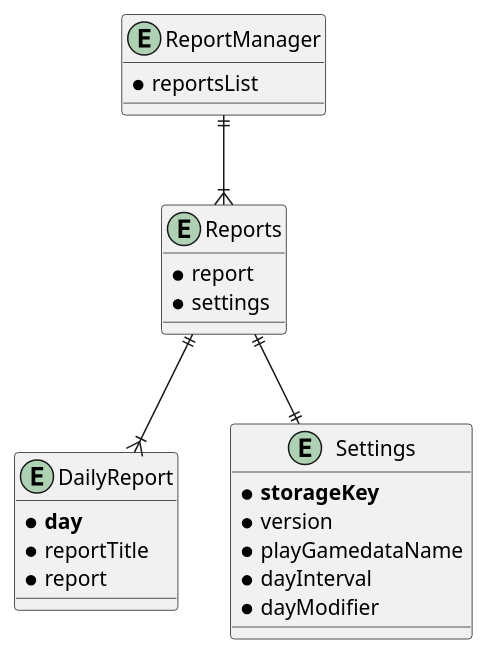
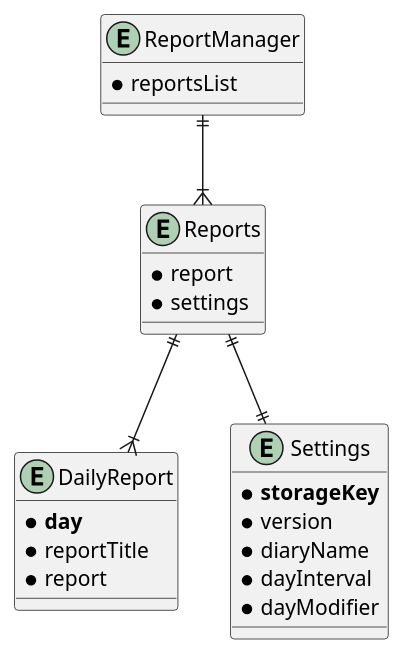
The diagram in UML/ER.puml (urusakuma/GameDiary), drawn with PlantUML before and after one commit. The commit also changed 9 other files, not shown here.

Commit message:
DiarySettings の playGameDataName を diaryName に変更 Fixes #62

```diff
--- a/UML/ER.puml
+++ b/UML/ER.puml
@@ -1,27 +1,27 @@
 @startuml ER
 entity Reports{
   * report
   * settings
 }
 
 entity DailyReport{
   * **day**
   * reportTitle
   * report
 }
 
 entity Settings{
   * **storageKey**
   * version
-  * playGamedataName
+  * diaryName
   * dayInterval
   * dayModifier
 }
 Reports ||--|{ DailyReport
 Reports ||--|| Settings
 entity ReportManager{
   * reportsList
 }
 ReportManager ||--|{ Reports
 
 @enduml
```
